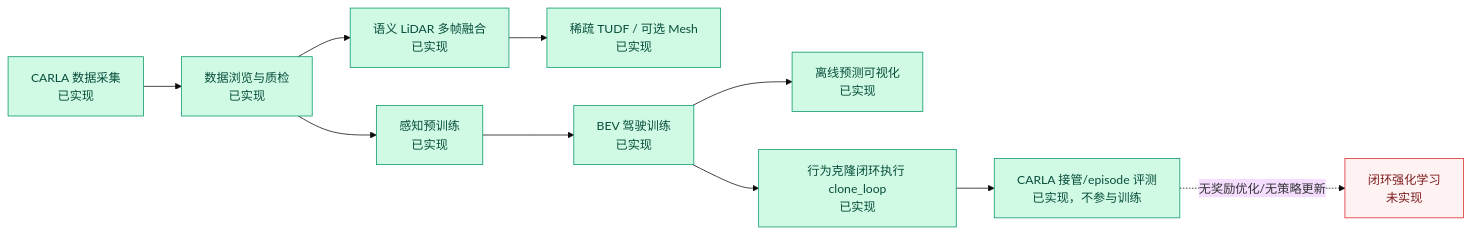
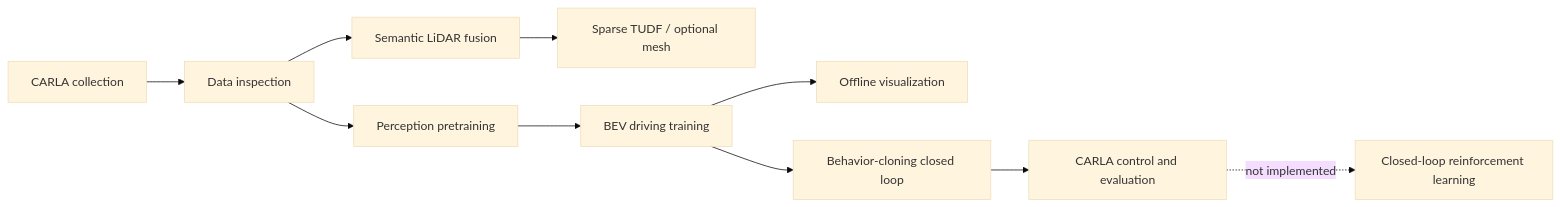
One commit to ByteDriveTeam/ByteDrive-Toy changed the first of 4 diagrams in README.md. Above: the diagram before and after it, drawn with Mermaid (base theme). The commit also changed other lines of this file and 11 other files, not shown here.

````diff
--- a/README.md
+++ b/README.md
@@ -107,17 +78,12 @@
 ```mermaid
 flowchart LR
-    A["CARLA 数据采集<br/>已实现"] --> B["数据浏览与质检<br/>已实现"]
-    B --> C["感知预训练<br/>已实现"]
-    B --> R1["语义 LiDAR 多帧融合<br/>已实现"]
-    R1 --> R2["稀疏 TUDF / 可选 Mesh<br/>已实现"]
-    C --> D["BEV 驾驶训练<br/>已实现"]
-    D --> E["离线预测可视化<br/>已实现"]
-    D --> F["行为克隆闭环执行 clone_loop<br/>已实现"]
-    F --> G["CARLA 接管/episode 评测<br/>已实现，不参与训练"]
-    G -.->|"无奖励优化/无策略更新"| H["闭环强化学习<br/>未实现"]
-
-    classDef done fill:#d1fae5,stroke:#059669,color:#064e3b;
-    classDef absent fill:#fef2f2,stroke:#dc2626,color:#7f1d1d;
-    class A,B,C,D,E,F,G,R1,R2 done;
-    class H absent;
+    A["CARLA collection"] --> B["Data inspection"]
+    B --> C["Perception pretraining"]
+    B --> R1["Semantic LiDAR fusion"]
+    R1 --> R2["Sparse TUDF / optional mesh"]
+    C --> D["BEV driving training"]
+    D --> E["Offline visualization"]
+    D --> F["Behavior-cloning closed loop"]
+    F --> G["CARLA control and evaluation"]
+    G -.->|"not implemented"| H["Closed-loop reinforcement learning"]
 ```
````
